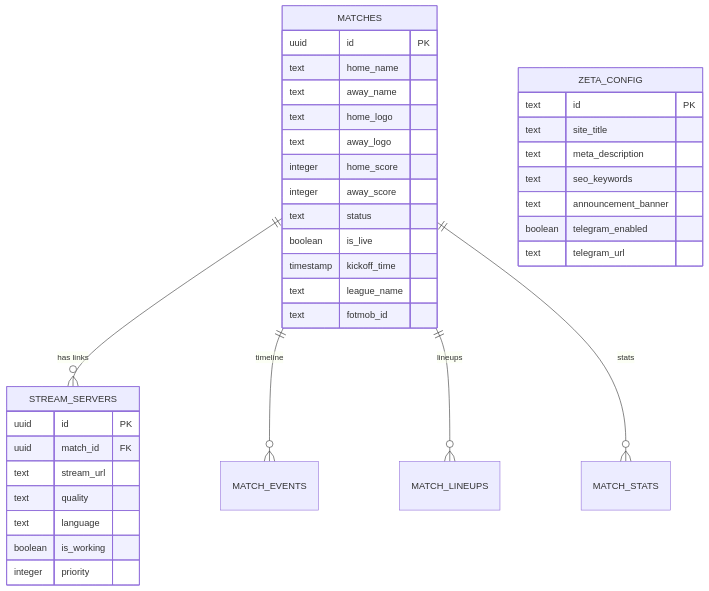
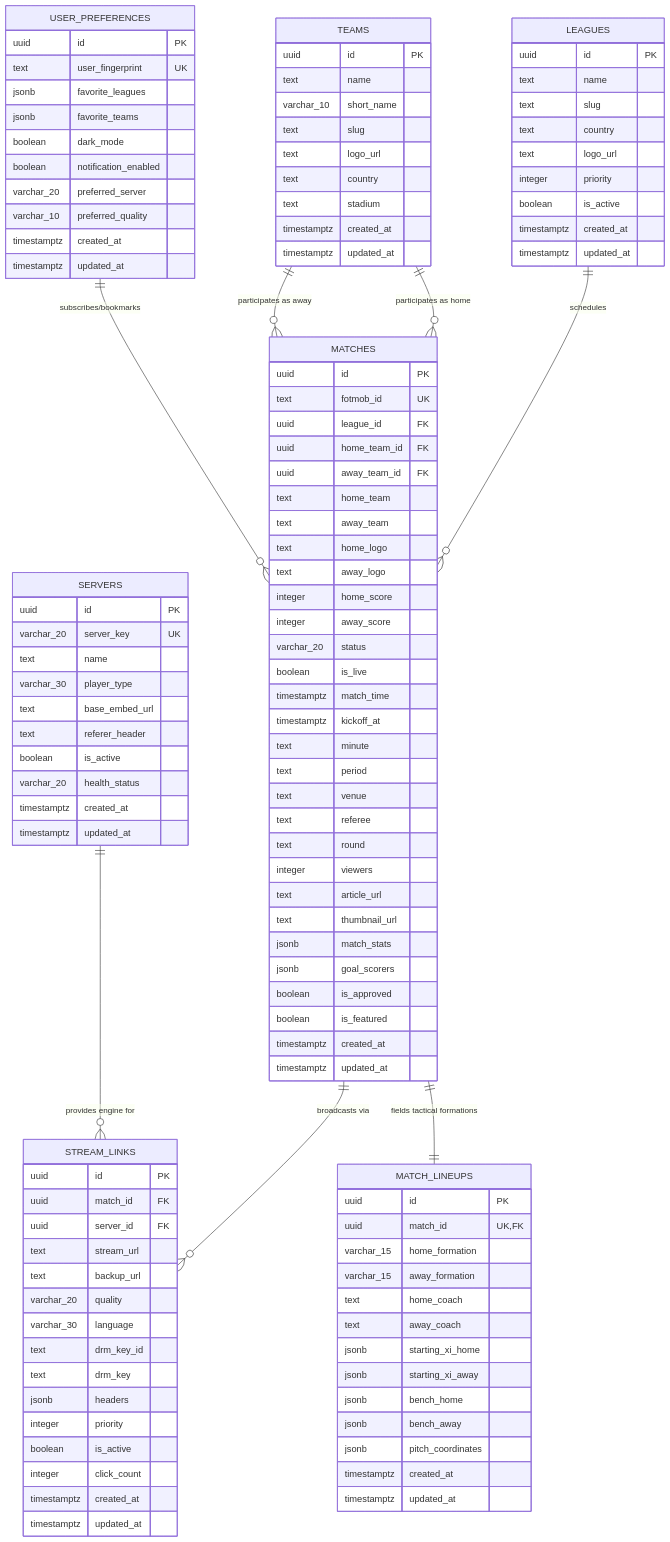
The diagram in project/docs/DATABASE_SCHEMA.md (Mubthaseem/zetasports-flutter), drawn with Mermaid before and after one commit. The commit also changed other lines of this file and 6 other files, not shown here.

````diff
--- a/project/docs/DATABASE_SCHEMA.md
+++ b/project/docs/DATABASE_SCHEMA.md
@@ -11,39 +27,126 @@
 ```mermaid
 erDiagram
-    MATCHES ||--o{ STREAM_SERVERS : "has links"
-    MATCHES ||--o{ MATCH_EVENTS : "timeline"
-    MATCHES ||--o{ MATCH_LINEUPS : "lineups"
-    MATCHES ||--o{ MATCH_STATS : "stats"
+    LEAGUES ||--o{ MATCHES : "schedules"
+    TEAMS ||--o{ MATCHES : "participates as home"
+    TEAMS ||--o{ MATCHES : "participates as away"
+    MATCHES ||--o{ STREAM_LINKS : "broadcasts via"
+    SERVERS ||--o{ STREAM_LINKS : "provides engine for"
+    MATCHES ||--|| MATCH_LINEUPS : "fields tactical formations"
+    USER_PREFERENCES ||--o{ MATCHES : "subscribes/bookmarks"
+
+    LEAGUES {
+        uuid id PK
+        text name
+        text slug
+        text country
+        text logo_url
+        integer priority
+        boolean is_active
+        timestamptz created_at
+        timestamptz updated_at
+    }
+
+    TEAMS {
+        uuid id PK
+        text name
+        varchar_10 short_name
+        text slug
+        text logo_url
+        text country
+        text stadium
+        timestamptz created_at
+        timestamptz updated_at
+    }
+
     MATCHES {
         uuid id PK
-        text home_name
-        text away_name
+        text fotmob_id UK
+        uuid league_id FK
+        uuid home_team_id FK
+        uuid away_team_id FK
+        text home_team
+        text away_team
         text home_logo
         text away_logo
         integer home_score
         integer away_score
-        text status
+        varchar_20 status
         boolean is_live
-        timestamp kickoff_time
-        text league_name
-        text fotmob_id
+        timestamptz match_time
+        timestamptz kickoff_at
+        text minute
+        text period
+        text venue
+        text referee
+        text round
+        integer viewers
+        text article_url
+        text thumbnail_url
+        jsonb match_stats
+        jsonb goal_scorers
+        boolean is_approved
+        boolean is_featured
+        timestamptz created_at
+        timestamptz updated_at
     }
-    STREAM_SERVERS {
+
+    SERVERS {
+        uuid id PK
+        varchar_20 server_key UK
+        text name
+        varchar_30 player_type
+        text base_embed_url
+        text referer_header
+        boolean is_active
+        varchar_20 health_status
+        timestamptz created_at
+        timestamptz updated_at
+    }
+
+    STREAM_LINKS {
         uuid id PK
         uuid match_id FK
+        uuid server_id FK
         text stream_url
-        text quality
-        text language
-        boolean is_working
+        text backup_url
+        varchar_20 quality
+        varchar_30 language
+        text drm_key_id
+        text drm_key
+        jsonb headers
         integer priority
+        boolean is_active
+        integer click_count
+        timestamptz created_at
+        timestamptz updated_at
     }
-    ZETA_CONFIG {
-        text id PK
-        text site_title
-        text meta_description
-        text seo_keywords
-        text announcement_banner
-        boolean telegram_enabled
-        text telegram_url
+
+    MATCH_LINEUPS {
+        uuid id PK
+        uuid match_id UK,FK
+        varchar_15 home_formation
+        varchar_15 away_formation
+        text home_coach
+        text away_coach
+        jsonb starting_xi_home
+        jsonb starting_xi_away
+        jsonb bench_home
+        jsonb bench_away
+        jsonb pitch_coordinates
+        timestamptz created_at
+        timestamptz updated_at
+    }
+
+    USER_PREFERENCES {
+        uuid id PK
+        text user_fingerprint UK
+        jsonb favorite_leagues
+        jsonb favorite_teams
+        boolean dark_mode
+        boolean notification_enabled
+        varchar_20 preferred_server
+        varchar_10 preferred_quality
+        timestamptz created_at
+        timestamptz updated_at
     }
 ```
````
